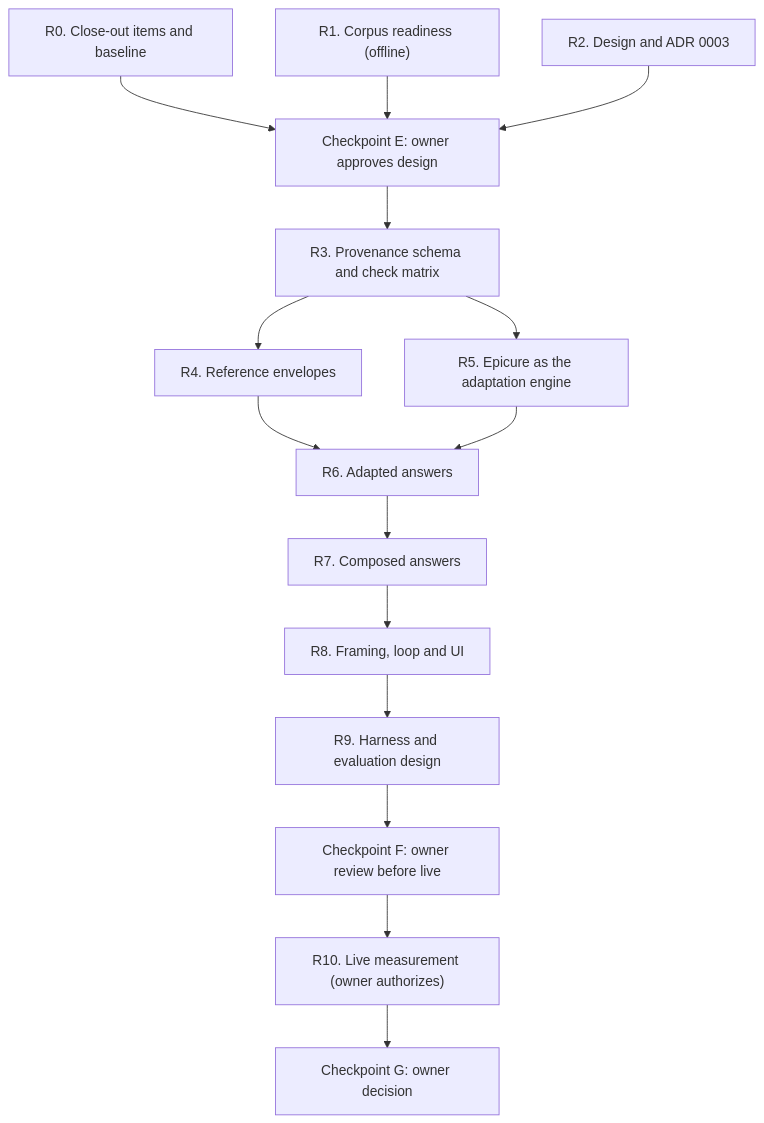
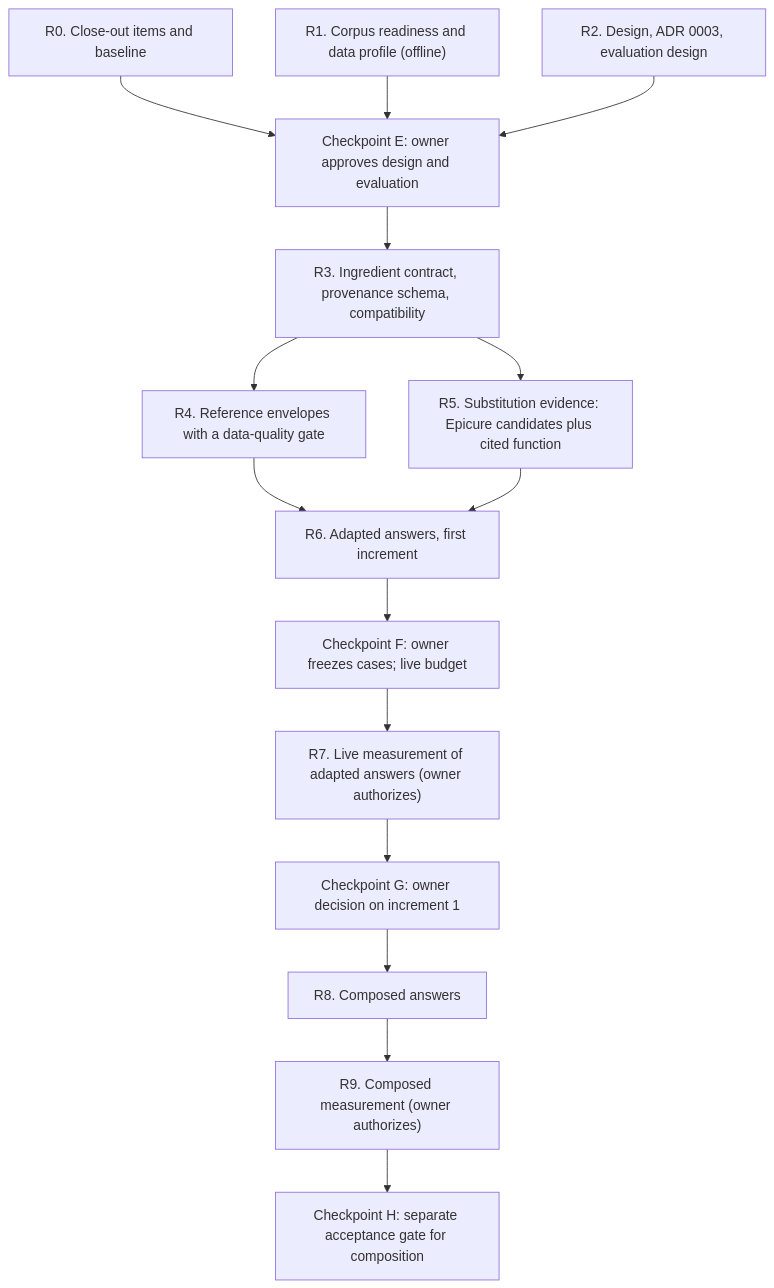
The diagram in docs/milestone-4-plan.md (fssonca/culinary-copilot), drawn with Mermaid before and after one commit. The commit also changed other lines of this file, not shown here.

````diff
--- a/docs/milestone-4-plan.md
+++ b/docs/milestone-4-plan.md
@@ -82,17 +113,17 @@
 ```mermaid
 flowchart TD
     R0["R0. Close-out items and baseline"] --> RE
-    R1["R1. Corpus readiness (offline)"] --> RE
-    R2["R2. Design and ADR 0003"] --> RE["Checkpoint E: owner approves design"]
-    RE --> R3["R3. Provenance schema and check matrix"]
-    R3 --> R4["R4. Reference envelopes"]
-    R3 --> R5["R5. Epicure as the adaptation engine"]
-    R4 --> R6["R6. Adapted answers"]
+    R1["R1. Corpus readiness and data profile (offline)"] --> RE
+    R2["R2. Design, ADR 0003, evaluation design"] --> RE["Checkpoint E: owner approves design and evaluation"]
+    RE --> R3["R3. Ingredient contract, provenance schema, compatibility"]
+    R3 --> R4["R4. Reference envelopes with a data-quality gate"]
+    R3 --> R5["R5. Substitution evidence: Epicure candidates plus cited function"]
+    R4 --> R6["R6. Adapted answers, first increment"]
     R5 --> R6
-    R6 --> R7["R7. Composed answers"]
-    R7 --> R8["R8. Framing, loop and UI"]
-    R8 --> R9["R9. Harness and evaluation design"]
-    R9 --> RF["Checkpoint F: owner review before live"]
-    RF --> R10["R10. Live measurement (owner authorizes)"]
-    R10 --> RG["Checkpoint G: owner decision"]
+    R6 --> RF["Checkpoint F: owner freezes cases; live budget"]
+    RF --> R7["R7. Live measurement of adapted answers (owner authorizes)"]
+    R7 --> RG["Checkpoint G: owner decision on increment 1"]
+    RG --> R8["R8. Composed answers"]
+    R8 --> R9["R9. Composed measurement (owner authorizes)"]
+    R9 --> RH["Checkpoint H: separate acceptance gate for composition"]
 ```
````
